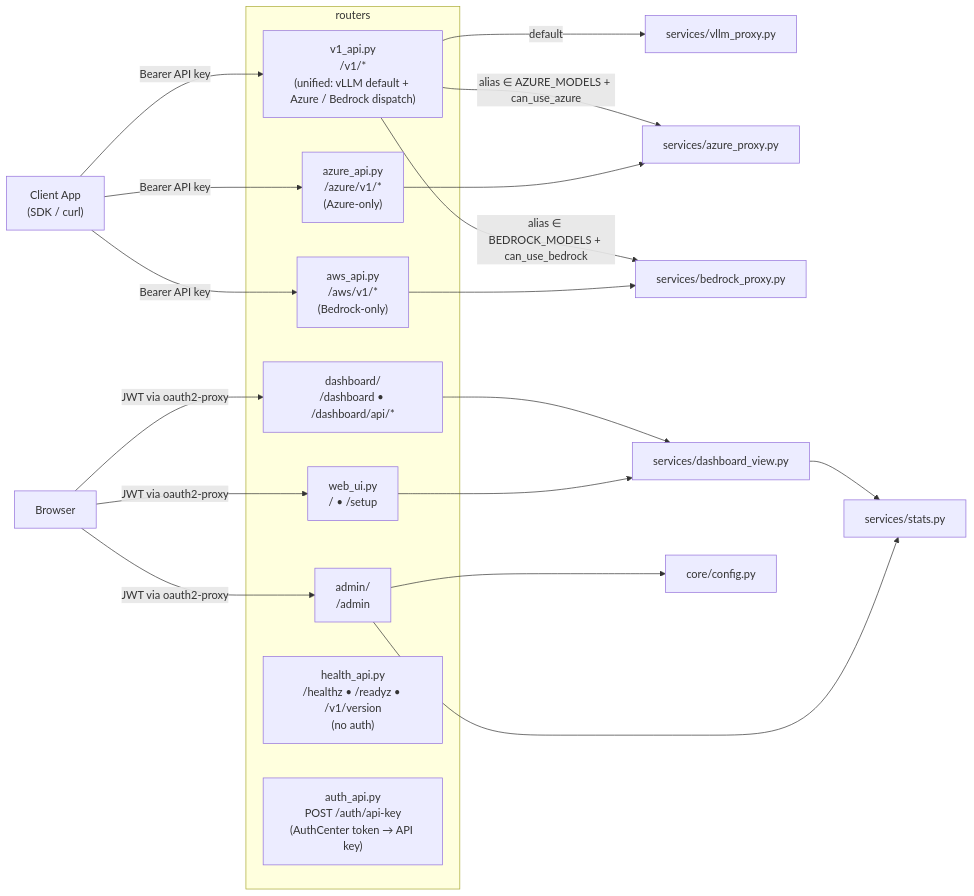
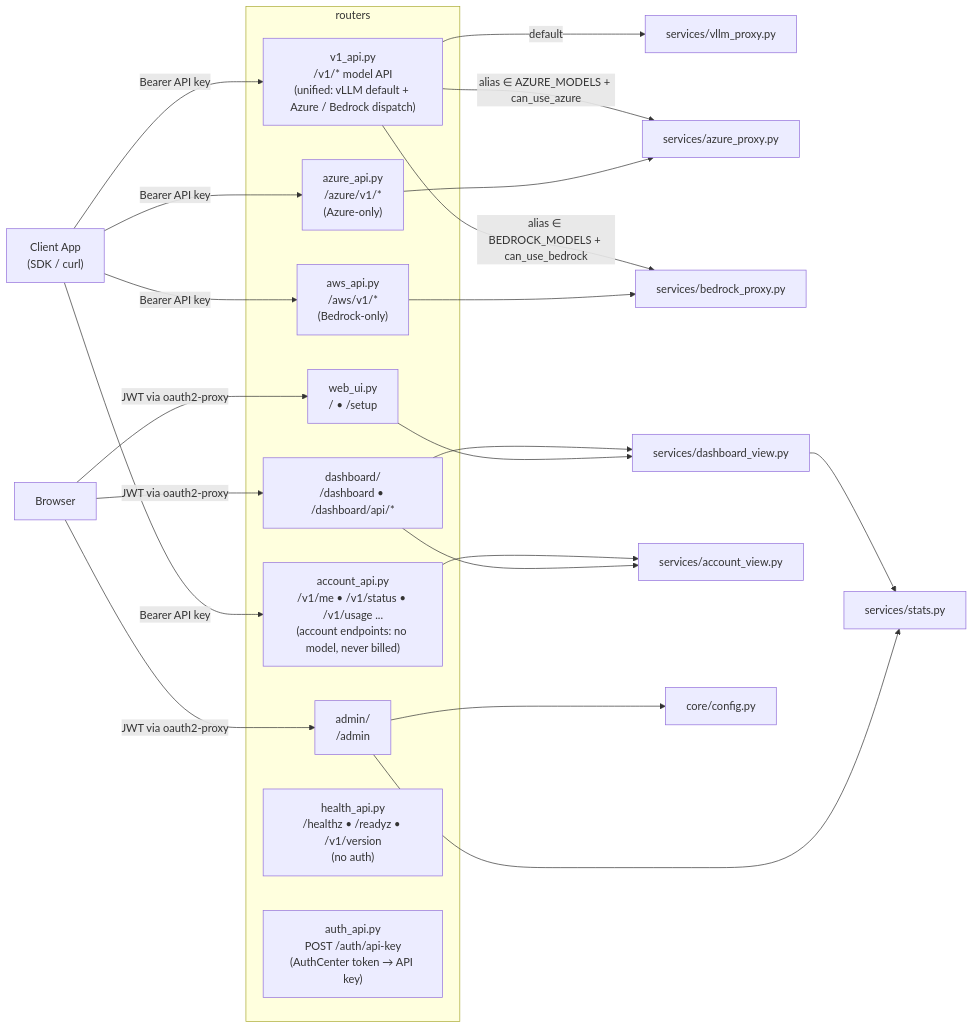
The first of 2 diagrams in app/routers/README.md (bwinken/llm-gateway), drawn with Mermaid before and after one commit. The commit also changed other lines of this file and 14 other files, not shown here.

First line of the commit message:
Split /v1 into two routers: the model API and the account endpoints

````diff
--- a/app/routers/README.md
+++ b/app/routers/README.md
@@ -9,31 +9,35 @@
 ```mermaid
 graph LR
     Client["Client App<br/>(SDK / curl)"] -->|Bearer API key| v1_api
+    Client -->|Bearer API key| account_api
     Client -->|Bearer API key| azure_api
     Client -->|Bearer API key| aws_api
     Browser["Browser"] -->|JWT via oauth2-proxy| web_ui
     Browser -->|JWT via oauth2-proxy| dashboard
     Browser -->|JWT via oauth2-proxy| admin
 
     subgraph routers
-        v1_api["v1_api.py<br/>/v1/*<br/>(unified: vLLM default + Azure / Bedrock dispatch)"]
+        v1_api["v1_api.py<br/>/v1/* model API<br/>(unified: vLLM default + Azure / Bedrock dispatch)"]
+        account_api["account_api.py<br/>/v1/me • /v1/status • /v1/usage ...<br/>(account endpoints: no model, never billed)"]
         azure_api["azure_api.py<br/>/azure/v1/*<br/>(Azure-only)"]
         aws_api["aws_api.py<br/>/aws/v1/*<br/>(Bedrock-only)"]
         web_ui["web_ui.py<br/>/ • /setup"]
         dashboard["dashboard/<br/>/dashboard • /dashboard/api/*"]
         health_api["health_api.py<br/>/healthz • /readyz • /v1/version<br/>(no auth)"]
         auth_api["auth_api.py<br/>POST /auth/api-key<br/>(AuthCenter token → API key)"]
         admin["admin/<br/>/admin"]
     end
 
     v1_api -->|default| vllm_proxy["services/vllm_proxy.py"]
     v1_api -->|alias ∈ AZURE_MODELS + can_use_azure| azure_proxy["services/azure_proxy.py"]
     v1_api -->|alias ∈ BEDROCK_MODELS + can_use_bedrock| bedrock_proxy["services/bedrock_proxy.py"]
     azure_api --> azure_proxy
     aws_api --> bedrock_proxy
     dashboard --> dashboard_view["services/dashboard_view.py"]
+    account_api --> account_view["services/account_view.py"]
+    dashboard --> account_view
     web_ui --> dashboard_view
     dashboard_view --> stats["services/stats.py"]
     admin --> stats
     admin --> config["core/config.py"]
 ```
````
